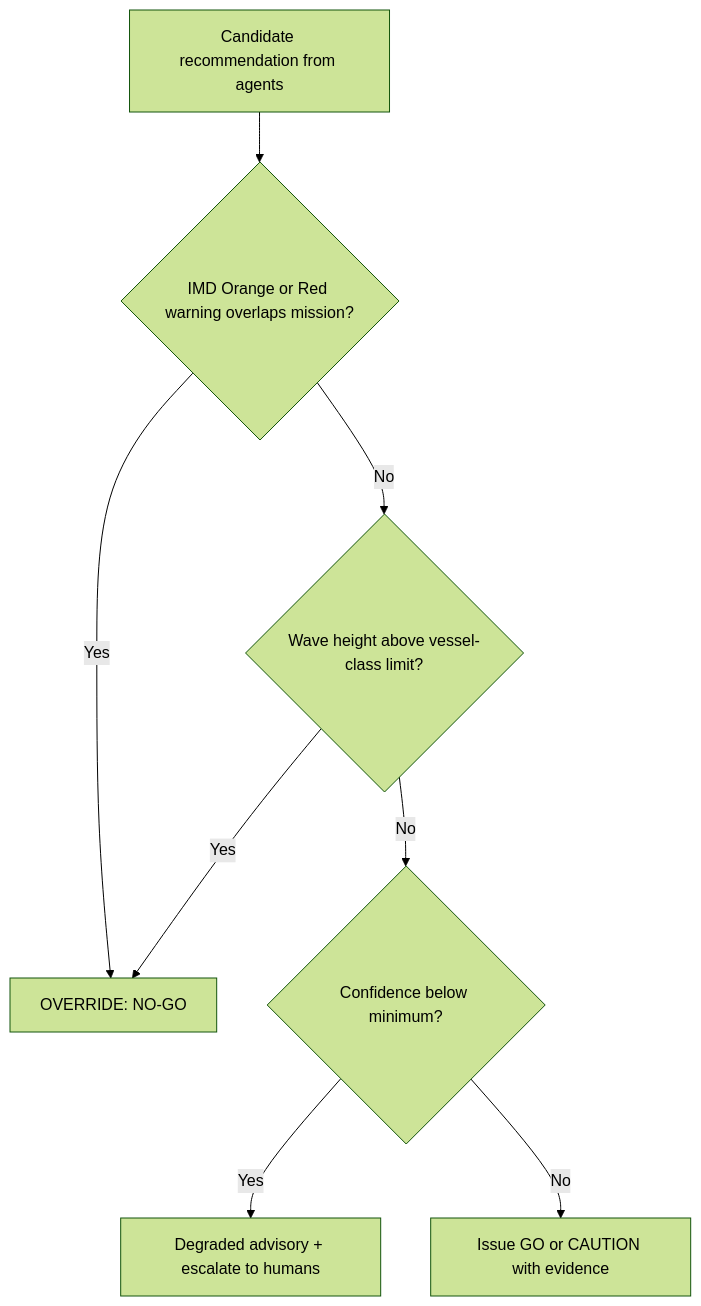
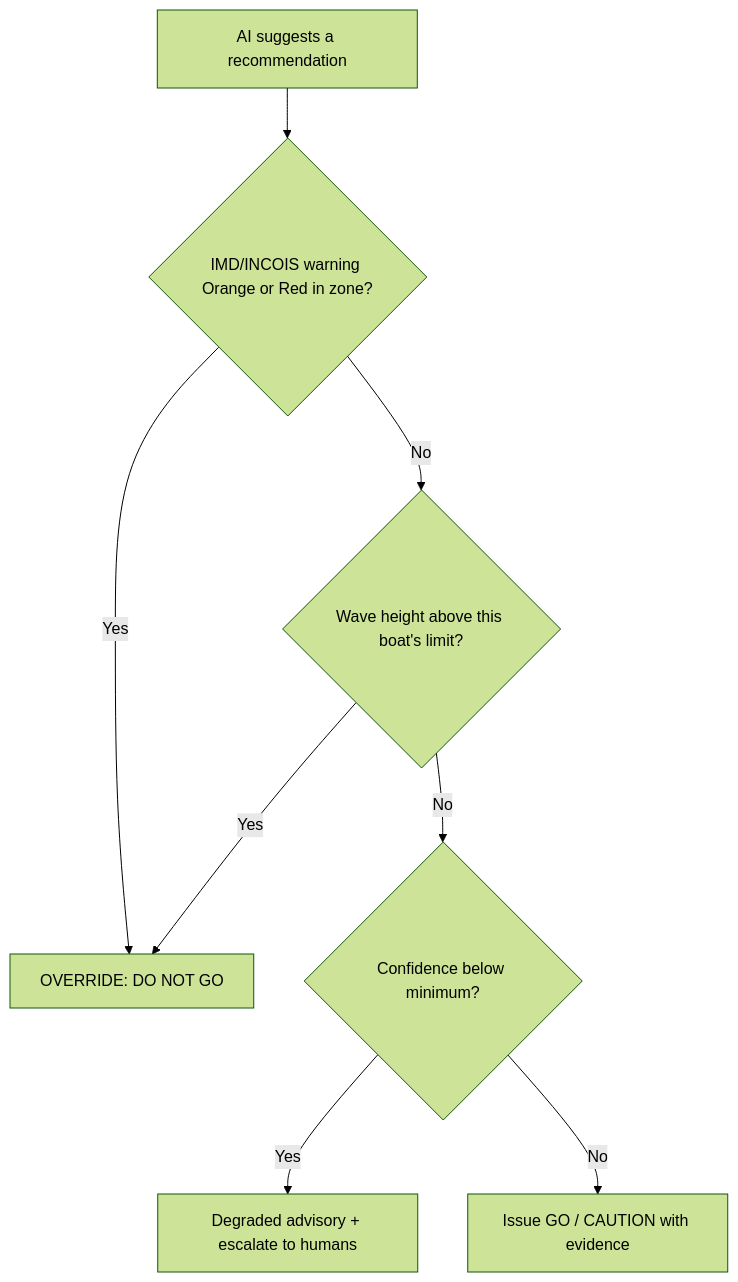
Before and after one commit to muzzammilsalim2006-lab/orca-1: the fourth of 5 diagrams in README.md, drawn with Mermaid (forest theme). The commit also changed other lines of this file, not shown here.

````diff
--- a/README.md
+++ b/README.md
@@ -165,10 +186,10 @@
 ```mermaid
-flowchart TD
-    R["Candidate recommendation from agents"] --> Q1{"IMD Orange or Red warning overlaps mission?"}
-    Q1 -- Yes --> V1["OVERRIDE: NO-GO"]
-    Q1 -- No --> Q2{"Wave height above vessel-class limit?"}
-    Q2 -- Yes --> V1
-    Q2 -- No --> Q3{"Confidence below minimum?"}
-    Q3 -- Yes --> V2["Degraded advisory + escalate to humans"]
-    Q3 -- No --> V3["Issue GO or CAUTION with evidence"]
+graph TD
+    A[AI suggests a recommendation] --> B{IMD/INCOIS warning Orange or Red in zone?}
+    B -- Yes --> X[OVERRIDE: DO NOT GO]
+    B -- No --> C{Wave height above this boat's limit?}
+    C -- Yes --> X
+    C -- No --> D{Confidence below minimum?}
+    D -- Yes --> Y[Degraded advisory + escalate to humans]
+    D -- No --> Z[Issue GO / CAUTION with evidence]
 ```
````
